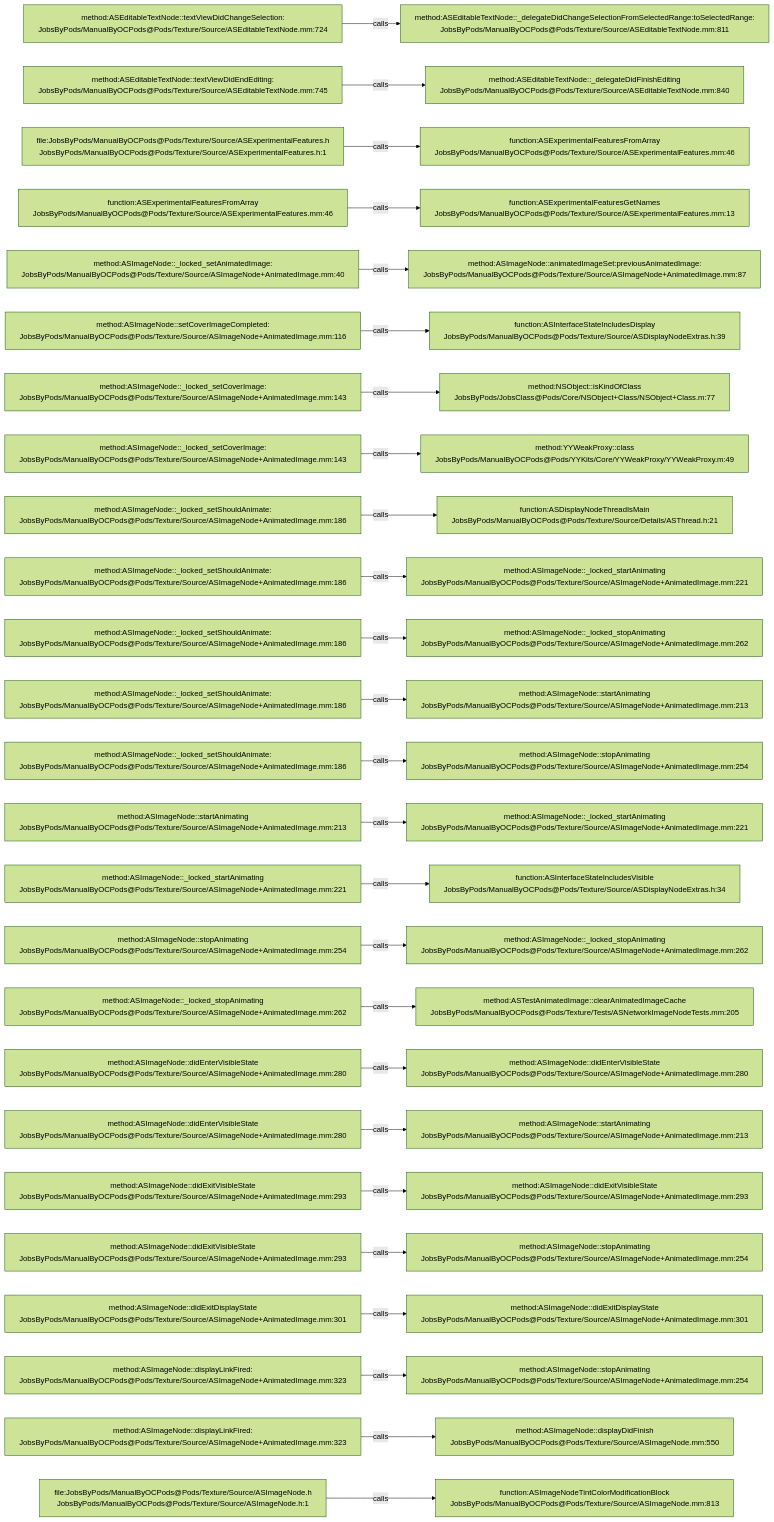
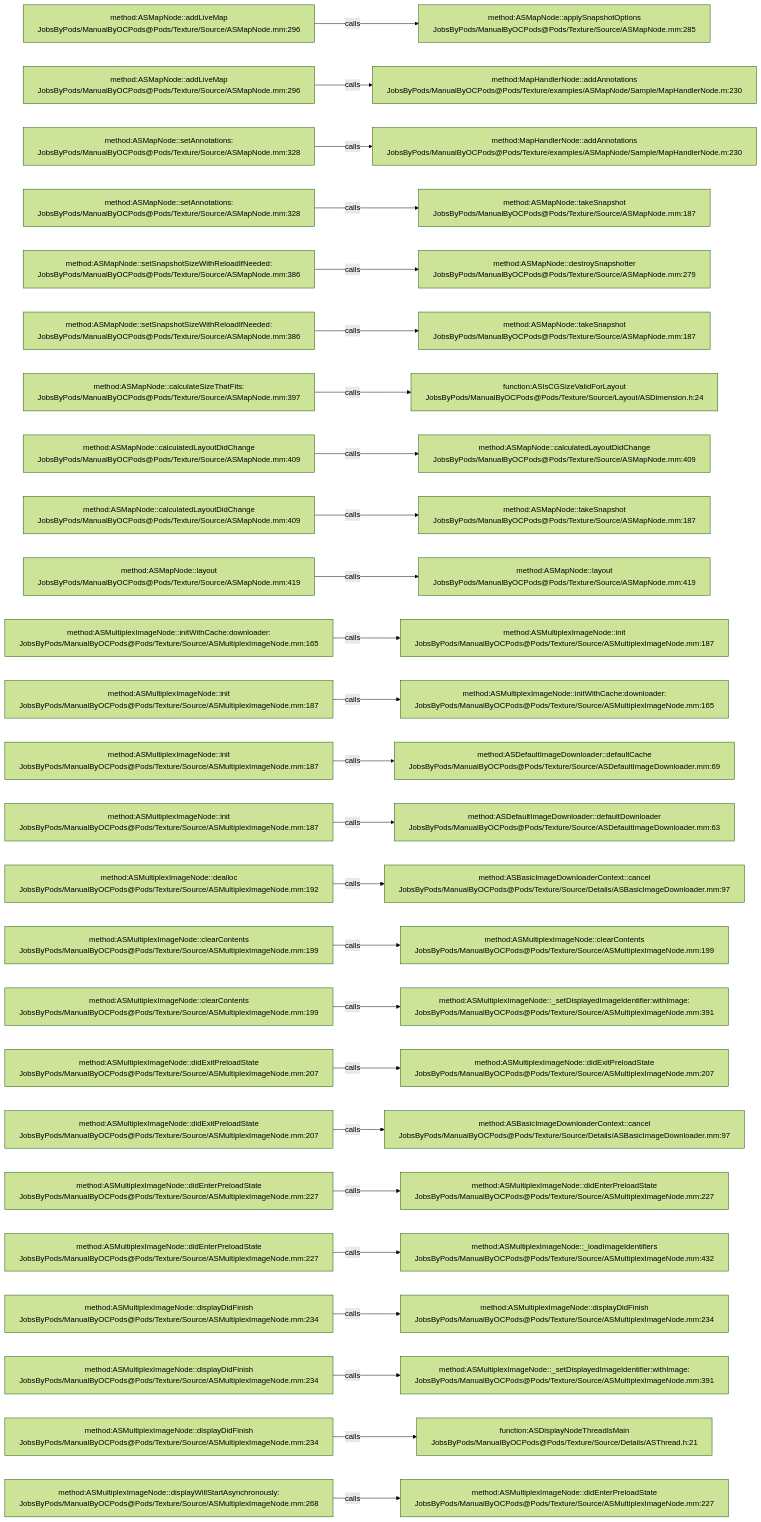
The diagram in .codegraph/codegraph.md/graphs/calls-106.md (JobsKits/JobsOCBaseConfigDemo), drawn with Mermaid (forest theme) before and after one commit. The commit also changed 1448 other files, not shown here.

````diff
--- a/.codegraph/codegraph.md/graphs/calls-106.md
+++ b/.codegraph/codegraph.md/graphs/calls-106.md
@@ -13,78 +13,78 @@
 ```mermaid
 flowchart LR
-  S1["method:ASEditableTextNode::textViewDidChangeSelection:<br/>JobsByPods/ManualByOCPods@Pods/Texture/Source/ASEditableTextNode.mm:724"]
-  T1["method:ASEditableTextNode::_delegateDidChangeSelectionFromSelectedRange:toSelectedRange:<br/>JobsByPods/ManualByOCPods@Pods/Texture/Source/ASEditableTextNode.mm:811"]
+  S1["method:ASMapNode::addLiveMap<br/>JobsByPods/ManualByOCPods@Pods/Texture/Source/ASMapNode.mm:296"]
+  T1["method:ASMapNode::applySnapshotOptions<br/>JobsByPods/ManualByOCPods@Pods/Texture/Source/ASMapNode.mm:285"]
   S1 -->|calls| T1
-  S2["method:ASEditableTextNode::textViewDidEndEditing:<br/>JobsByPods/ManualByOCPods@Pods/Texture/Source/ASEditableTextNode.mm:745"]
-  T2["method:ASEditableTextNode::_delegateDidFinishEditing<br/>JobsByPods/ManualByOCPods@Pods/Texture/Source/ASEditableTextNode.mm:840"]
+  S2["method:ASMapNode::addLiveMap<br/>JobsByPods/ManualByOCPods@Pods/Texture/Source/ASMapNode.mm:296"]
+  T2["method:MapHandlerNode::addAnnotations<br/>JobsByPods/ManualByOCPods@Pods/Texture/examples/ASMapNode/Sample/MapHandlerNode.m:230"]
   S2 -->|calls| T2
-  S3["file:JobsByPods/ManualByOCPods@Pods/Texture/Source/ASExperimentalFeatures.h<br/>JobsByPods/ManualByOCPods@Pods/Texture/Source/ASExperimentalFeatures.h:1"]
-  T3["function:ASExperimentalFeaturesFromArray<br/>JobsByPods/ManualByOCPods@Pods/Texture/Source/ASExperimentalFeatures.mm:46"]
+  S3["method:ASMapNode::setAnnotations:<br/>JobsByPods/ManualByOCPods@Pods/Texture/Source/ASMapNode.mm:328"]
+  T3["method:MapHandlerNode::addAnnotations<br/>JobsByPods/ManualByOCPods@Pods/Texture/examples/ASMapNode/Sample/MapHandlerNode.m:230"]
   S3 -->|calls| T3
-  S4["function:ASExperimentalFeaturesFromArray<br/>JobsByPods/ManualByOCPods@Pods/Texture/Source/ASExperimentalFeatures.mm:46"]
-  T4["function:ASExperimentalFeaturesGetNames<br/>JobsByPods/ManualByOCPods@Pods/Texture/Source/ASExperimentalFeatures.mm:13"]
+  S4["method:ASMapNode::setAnnotations:<br/>JobsByPods/ManualByOCPods@Pods/Texture/Source/ASMapNode.mm:328"]
+  T4["method:ASMapNode::takeSnapshot<br/>JobsByPods/ManualByOCPods@Pods/Texture/Source/ASMapNode.mm:187"]
   S4 -->|calls| T4
-  S5["method:ASImageNode::_locked_setAnimatedImage:<br/>JobsByPods/ManualByOCPods@Pods/Texture/Source/ASImageNode+AnimatedImage.mm:40"]
-  T5["method:ASImageNode::animatedImageSet:previousAnimatedImage:<br/>JobsByPods/ManualByOCPods@Pods/Texture/Source/ASImageNode+AnimatedImage.mm:87"]
+  S5["method:ASMapNode::setSnapshotSizeWithReloadIfNeeded:<br/>JobsByPods/ManualByOCPods@Pods/Texture/Source/ASMapNode.mm:386"]
+  T5["method:ASMapNode::destroySnapshotter<br/>JobsByPods/ManualByOCPods@Pods/Texture/Source/ASMapNode.mm:279"]
   S5 -->|calls| T5
-  S6["method:ASImageNode::setCoverImageCompleted:<br/>JobsByPods/ManualByOCPods@Pods/Texture/Source/ASImageNode+AnimatedImage.mm:116"]
-  T6["function:ASInterfaceStateIncludesDisplay<br/>JobsByPods/ManualByOCPods@Pods/Texture/Source/ASDisplayNodeExtras.h:39"]
+  S6["method:ASMapNode::setSnapshotSizeWithReloadIfNeeded:<br/>JobsByPods/ManualByOCPods@Pods/Texture/Source/ASMapNode.mm:386"]
+  T6["method:ASMapNode::takeSnapshot<br/>JobsByPods/ManualByOCPods@Pods/Texture/Source/ASMapNode.mm:187"]
   S6 -->|calls| T6
-  S7["method:ASImageNode::_locked_setCoverImage:<br/>JobsByPods/ManualByOCPods@Pods/Texture/Source/ASImageNode+AnimatedImage.mm:143"]
-  T7["method:NSObject::isKindOfClass<br/>JobsByPods/JobsClass@Pods/Core/NSObject+Class/NSObject+Class.m:77"]
+  S7["method:ASMapNode::calculateSizeThatFits:<br/>JobsByPods/ManualByOCPods@Pods/Texture/Source/ASMapNode.mm:397"]
+  T7["function:ASIsCGSizeValidForLayout<br/>JobsByPods/ManualByOCPods@Pods/Texture/Source/Layout/ASDimension.h:24"]
   S7 -->|calls| T7
-  S8["method:ASImageNode::_locked_setCoverImage:<br/>JobsByPods/ManualByOCPods@Pods/Texture/Source/ASImageNode+AnimatedImage.mm:143"]
-  T8["method:YYWeakProxy::class<br/>JobsByPods/ManualByOCPods@Pods/YYKits/Core/YYWeakProxy/YYWeakProxy.m:49"]
+  S8["method:ASMapNode::calculatedLayoutDidChange<br/>JobsByPods/ManualByOCPods@Pods/Texture/Source/ASMapNode.mm:409"]
+  T8["method:ASMapNode::calculatedLayoutDidChange<br/>JobsByPods/ManualByOCPods@Pods/Texture/Source/ASMapNode.mm:409"]
   S8 -->|calls| T8
-  S9["method:ASImageNode::_locked_setShouldAnimate:<br/>JobsByPods/ManualByOCPods@Pods/Texture/Source/ASImageNode+AnimatedImage.mm:186"]
-  T9["function:ASDisplayNodeThreadIsMain<br/>JobsByPods/ManualByOCPods@Pods/Texture/Source/Details/ASThread.h:21"]
+  S9["method:ASMapNode::calculatedLayoutDidChange<br/>JobsByPods/ManualByOCPods@Pods/Texture/Source/ASMapNode.mm:409"]
+  T9["method:ASMapNode::takeSnapshot<br/>JobsByPods/ManualByOCPods@Pods/Texture/Source/ASMapNode.mm:187"]
   S9 -->|calls| T9
-  S10["method:ASImageNode::_locked_setShouldAnimate:<br/>JobsByPods/ManualByOCPods@Pods/Texture/Source/ASImageNode+AnimatedImage.mm:186"]
-  T10["method:ASImageNode::_locked_startAnimating<br/>JobsByPods/ManualByOCPods@Pods/Texture/Source/ASImageNode+AnimatedImage.mm:221"]
+  S10["method:ASMapNode::layout<br/>JobsByPods/ManualByOCPods@Pods/Texture/Source/ASMapNode.mm:419"]
+  T10["method:ASMapNode::layout<br/>JobsByPods/ManualByOCPods@Pods/Texture/Source/ASMapNode.mm:419"]
   S10 -->|calls| T10
-  S11["method:ASImageNode::_locked_setShouldAnimate:<br/>JobsByPods/ManualByOCPods@Pods/Texture/Source/ASImageNode+AnimatedImage.mm:186"]
-  T11["method:ASImageNode::_locked_stopAnimating<br/>JobsByPods/ManualByOCPods@Pods/Texture/Source/ASImageNode+AnimatedImage.mm:262"]
+  S11["method:ASMultiplexImageNode::initWithCache:downloader:<br/>JobsByPods/ManualByOCPods@Pods/Texture/Source/ASMultiplexImageNode.mm:165"]
+  T11["method:ASMultiplexImageNode::init<br/>JobsByPods/ManualByOCPods@Pods/Texture/Source/ASMultiplexImageNode.mm:187"]
   S11 -->|calls| T11
-  S12["method:ASImageNode::_locked_setShouldAnimate:<br/>JobsByPods/ManualByOCPods@Pods/Texture/Source/ASImageNode+AnimatedImage.mm:186"]
-  T12["method:ASImageNode::startAnimating<br/>JobsByPods/ManualByOCPods@Pods/Texture/Source/ASImageNode+AnimatedImage.mm:213"]
+  S12["method:ASMultiplexImageNode::init<br/>JobsByPods/ManualByOCPods@Pods/Texture/Source/ASMultiplexImageNode.mm:187"]
+  T12["method:ASMultiplexImageNode::initWithCache:downloader:<br/>JobsByPods/ManualByOCPods@Pods/Texture/Source/ASMultiplexImageNode.mm:165"]
   S12 -->|calls| T12
-  S13["method:ASImageNode::_locked_setShouldAnimate:<br/>JobsByPods/ManualByOCPods@Pods/Texture/Source/ASImageNode+AnimatedImage.mm:186"]
-  T13["method:ASImageNode::stopAnimating<br/>JobsByPods/ManualByOCPods@Pods/Texture/Source/ASImageNode+AnimatedImage.mm:254"]
+  S13["method:ASMultiplexImageNode::init<br/>JobsByPods/ManualByOCPods@Pods/Texture/Source/ASMultiplexImageNode.mm:187"]
+  T13["method:ASDefaultImageDownloader::defaultCache<br/>JobsByPods/ManualByOCPods@Pods/Texture/Source/ASDefaultImageDownloader.mm:69"]
   S13 -->|calls| T13
-  S14["method:ASImageNode::startAnimating<br/>JobsByPods/ManualByOCPods@Pods/Texture/Source/ASImageNode+AnimatedImage.mm:213"]
-  T14["method:ASImageNode::_locked_startAnimating<br/>JobsByPods/ManualByOCPods@Pods/Texture/Source/ASImageNode+AnimatedImage.mm:221"]
+  S14["method:ASMultiplexImageNode::init<br/>JobsByPods/ManualByOCPods@Pods/Texture/Source/ASMultiplexImageNode.mm:187"]
+  T14["method:ASDefaultImageDownloader::defaultDownloader<br/>JobsByPods/ManualByOCPods@Pods/Texture/Source/ASDefaultImageDownloader.mm:63"]
   S14 -->|calls| T14
-  S15["method:ASImageNode::_locked_startAnimating<br/>JobsByPods/ManualByOCPods@Pods/Texture/Source/ASImageNode+AnimatedImage.mm:221"]
-  T15["function:ASInterfaceStateIncludesVisible<br/>JobsByPods/ManualByOCPods@Pods/Texture/Source/ASDisplayNodeExtras.h:34"]
+  S15["method:ASMultiplexImageNode::dealloc<br/>JobsByPods/ManualByOCPods@Pods/Texture/Source/ASMultiplexImageNode.mm:192"]
+  T15["method:ASBasicImageDownloaderContext::cancel<br/>JobsByPods/ManualByOCPods@Pods/Texture/Source/Details/ASBasicImageDownloader.mm:97"]
   S15 -->|calls| T15
-  S16["method:ASImageNode::stopAnimating<br/>JobsByPods/ManualByOCPods@Pods/Texture/Source/ASImageNode+AnimatedImage.mm:254"]
-  T16["method:ASImageNode::_locked_stopAnimating<br/>JobsByPods/ManualByOCPods@Pods/Texture/Source/ASImageNode+AnimatedImage.mm:262"]
+  S16["method:ASMultiplexImageNode::clearContents<br/>JobsByPods/ManualByOCPods@Pods/Texture/Source/ASMultiplexImageNode.mm:199"]
+  T16["method:ASMultiplexImageNode::clearContents<br/>JobsByPods/ManualByOCPods@Pods/Texture/Source/ASMultiplexImageNode.mm:199"]
   S16 -->|calls| T16
-  S17["method:ASImageNode::_locked_stopAnimating<br/>JobsByPods/ManualByOCPods@Pods/Texture/Source/ASImageNode+AnimatedImage.mm:262"]
-  T17["method:ASTestAnimatedImage::clearAnimatedImageCache<br/>JobsByPods/ManualByOCPods@Pods/Texture/Tests/ASNetworkImageNodeTests.mm:205"]
+  S17["method:ASMultiplexImageNode::clearContents<br/>JobsByPods/ManualByOCPods@Pods/Texture/Source/ASMultiplexImageNode.mm:199"]
+  T17["method:ASMultiplexImageNode::_setDisplayedImageIdentifier:withImage:<br/>JobsByPods/ManualByOCPods@Pods/Texture/Source/ASMultiplexImageNode.mm:391"]
   S17 -->|calls| T17
-  S18["method:ASImageNode::didEnterVisibleState<br/>JobsByPods/ManualByOCPods@Pods/Texture/Source/ASImageNode+AnimatedImage.mm:280"]
-  T18["method:ASImageNode::didEnterVisibleState<br/>JobsByPods/ManualByOCPods@Pods/Texture/Source/ASImageNode+AnimatedImage.mm:280"]
+  S18["method:ASMultiplexImageNode::didExitPreloadState<br/>JobsByPods/ManualByOCPods@Pods/Texture/Source/ASMultiplexImageNode.mm:207"]
+  T18["method:ASMultiplexImageNode::didExitPreloadState<br/>JobsByPods/ManualByOCPods@Pods/Texture/Source/ASMultiplexImageNode.mm:207"]
   S18 -->|calls| T18
-  S19["method:ASImageNode::didEnterVisibleState<br/>JobsByPods/ManualByOCPods@Pods/Texture/Source/ASImageNode+AnimatedImage.mm:280"]
-  T19["method:ASImageNode::startAnimating<br/>JobsByPods/ManualByOCPods@Pods/Texture/Source/ASImageNode+AnimatedImage.mm:213"]
+  S19["method:ASMultiplexImageNode::didExitPreloadState<br/>JobsByPods/ManualByOCPods@Pods/Texture/Source/ASMultiplexImageNode.mm:207"]
+  T19["method:ASBasicImageDownloaderContext::cancel<br/>JobsByPods/ManualByOCPods@Pods/Texture/Source/Details/ASBasicImageDownloader.mm:97"]
   S19 -->|calls| T19
-  S20["method:ASImageNode::didExitVisibleState<br/>JobsByPods/ManualByOCPods@Pods/Texture/Source/ASImageNode+AnimatedImage.mm:293"]
-  T20["method:ASImageNode::didExitVisibleState<br/>JobsByPods/ManualByOCPods@Pods/Texture/Source/ASImageNode+AnimatedImage.mm:293"]
+  S20["method:ASMultiplexImageNode::didEnterPreloadState<br/>JobsByPods/ManualByOCPods@Pods/Texture/Source/ASMultiplexImageNode.mm:227"]
+  T20["method:ASMultiplexImageNode::didEnterPreloadState<br/>JobsByPods/ManualByOCPods@Pods/Texture/Source/ASMultiplexImageNode.mm:227"]
   S20 -->|calls| T20
-  S21["method:ASImageNode::didExitVisibleState<br/>JobsByPods/ManualByOCPods@Pods/Texture/Source/ASImageNode+AnimatedImage.mm:293"]
-  T21["method:ASImageNode::stopAnimating<br/>JobsByPods/ManualByOCPods@Pods/Texture/Source/ASImageNode+AnimatedImage.mm:254"]
+  S21["method:ASMultiplexImageNode::didEnterPreloadState<br/>JobsByPods/ManualByOCPods@Pods/Texture/Source/ASMultiplexImageNode.mm:227"]
+  T21["method:ASMultiplexImageNode::_loadImageIdentifiers<br/>JobsByPods/ManualByOCPods@Pods/Texture/Source/ASMultiplexImageNode.mm:432"]
   S21 -->|calls| T21
-  S22["method:ASImageNode::didExitDisplayState<br/>JobsByPods/ManualByOCPods@Pods/Texture/Source/ASImageNode+AnimatedImage.mm:301"]
-  T22["method:ASImageNode::didExitDisplayState<br/>JobsByPods/ManualByOCPods@Pods/Texture/Source/ASImageNode+AnimatedImage.mm:301"]
+  S22["method:ASMultiplexImageNode::displayDidFinish<br/>JobsByPods/ManualByOCPods@Pods/Texture/Source/ASMultiplexImageNode.mm:234"]
+  T22["method:ASMultiplexImageNode::displayDidFinish<br/>JobsByPods/ManualByOCPods@Pods/Texture/Source/ASMultiplexImageNode.mm:234"]
   S22 -->|calls| T22
-  S23["method:ASImageNode::displayLinkFired:<br/>JobsByPods/ManualByOCPods@Pods/Texture/Source/ASImageNode+AnimatedImage.mm:323"]
-  T23["method:ASImageNode::stopAnimating<br/>JobsByPods/ManualByOCPods@Pods/Texture/Source/ASImageNode+AnimatedImage.mm:254"]
+  S23["method:ASMultiplexImageNode::displayDidFinish<br/>JobsByPods/ManualByOCPods@Pods/Texture/Source/ASMultiplexImageNode.mm:234"]
+  T23["method:ASMultiplexImageNode::_setDisplayedImageIdentifier:withImage:<br/>JobsByPods/ManualByOCPods@Pods/Texture/Source/ASMultiplexImageNode.mm:391"]
   S23 -->|calls| T23
-  S24["method:ASImageNode::displayLinkFired:<br/>JobsByPods/ManualByOCPods@Pods/Texture/Source/ASImageNode+AnimatedImage.mm:323"]
-  T24["method:ASImageNode::displayDidFinish<br/>JobsByPods/ManualByOCPods@Pods/Texture/Source/ASImageNode.mm:550"]
+  S24["method:ASMultiplexImageNode::displayDidFinish<br/>JobsByPods/ManualByOCPods@Pods/Texture/Source/ASMultiplexImageNode.mm:234"]
+  T24["function:ASDisplayNodeThreadIsMain<br/>JobsByPods/ManualByOCPods@Pods/Texture/Source/Details/ASThread.h:21"]
   S24 -->|calls| T24
-  S25["file:JobsByPods/ManualByOCPods@Pods/Texture/Source/ASImageNode.h<br/>JobsByPods/ManualByOCPods@Pods/Texture/Source/ASImageNode.h:1"]
-  T25["function:ASImageNodeTintColorModificationBlock<br/>JobsByPods/ManualByOCPods@Pods/Texture/Source/ASImageNode.mm:813"]
+  S25["method:ASMultiplexImageNode::displayWillStartAsynchronously:<br/>JobsByPods/ManualByOCPods@Pods/Texture/Source/ASMultiplexImageNode.mm:268"]
+  T25["method:ASMultiplexImageNode::didEnterPreloadState<br/>JobsByPods/ManualByOCPods@Pods/Texture/Source/ASMultiplexImageNode.mm:227"]
   S25 -->|calls| T25
 ```
````
